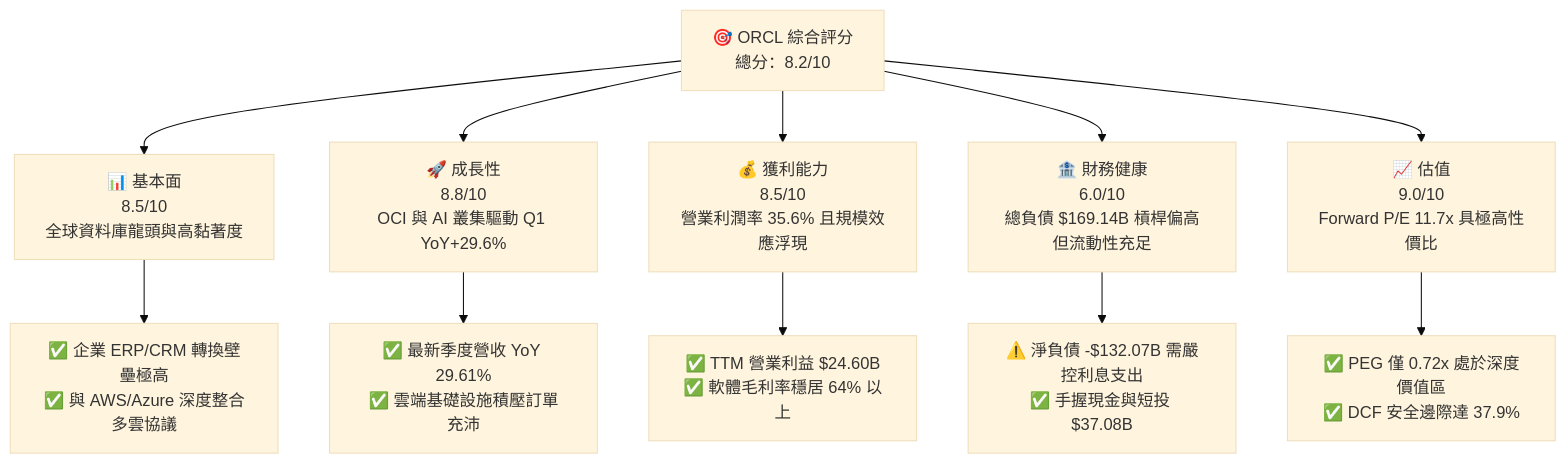
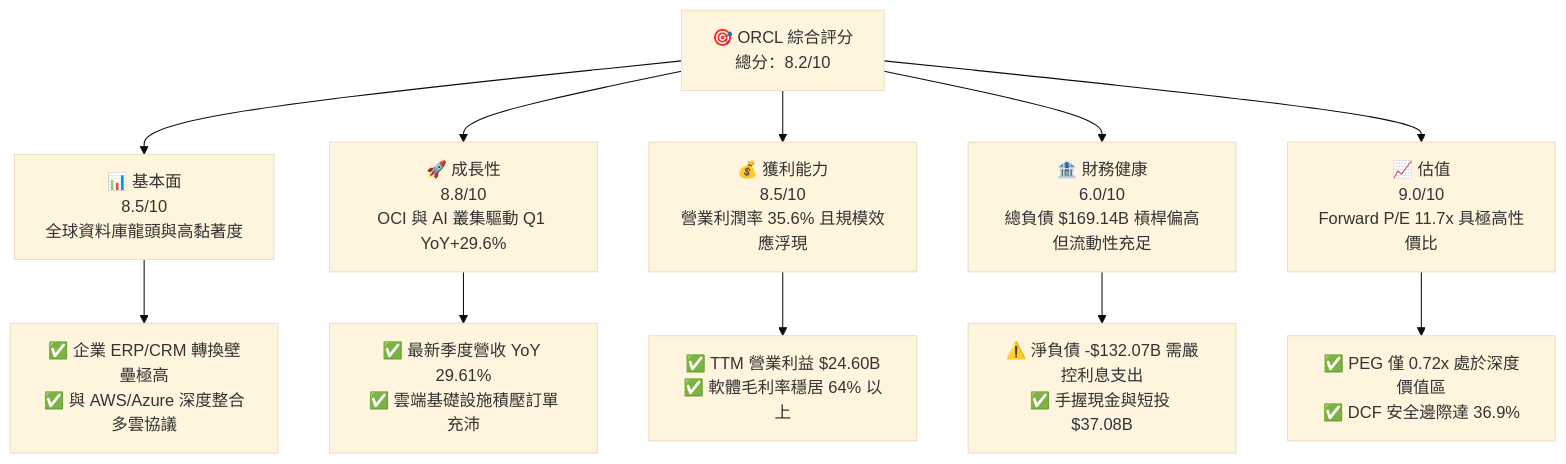
The first of 15 diagrams in ai_gen_report/fundamental/orcl/fundamental_analysis_2026-10-18_gemini.md (yennanliu/finance_data), drawn with Mermaid (base theme) before and after one commit. The commit also changed other lines of this file and 339 other files, not shown here.

````diff
--- a/ai_gen_report/fundamental/orcl/fundamental_analysis_2026-10-18_gemini.md
+++ b/ai_gen_report/fundamental/orcl/fundamental_analysis_2026-10-18_gemini.md
@@ -58,22 +65,22 @@
 ```mermaid
 graph TD
     TICKER["🎯 ORCL 綜合評分<br/>總分：8.2/10"]
 
     F["📊 基本面<br/>8.5/10<br/>全球資料庫龍頭與高黏著度"]
     G["🚀 成長性<br/>8.8/10<br/>OCI 與 AI 叢集驅動 Q1 YoY+29.6%"]
     P["💰 獲利能力<br/>8.5/10<br/>營業利潤率 35.6% 且規模效應浮現"]
     B["🏦 財務健康<br/>6.0/10<br/>總負債 $169.14B 槓桿偏高但流動性充足"]
     V["📈 估值<br/>9.0/10<br/>Forward P/E 11.7x 具極高性價比"]
 
     TICKER --> F
     TICKER --> G
     TICKER --> P
     TICKER --> B
     TICKER --> V
 
     F --> F1["✅ 企業 ERP/CRM 轉換壁壘極高<br/>✅ 與 AWS/Azure 深度整合多雲協議"]
     G --> G1["✅ 最新季度營收 YoY 29.61%<br/>✅ 雲端基礎設施積壓訂單充沛"]
     P --> P1["✅ TTM 營業利益 $24.60B<br/>✅ 軟體毛利率穩居 64% 以上"]
     B --> B1["⚠️ 淨負債 -$132.07B 需嚴控利息支出<br/>✅ 手握現金與短投 $37.08B"]
-    V --> V1["✅ PEG 僅 0.72x 處於深度價值區<br/>✅ DCF 安全邊際達 37.9%"]
+    V --> V1["✅ PEG 僅 0.72x 處於深度價值區<br/>✅ DCF 安全邊際達 36.9%"]
 ```
````
